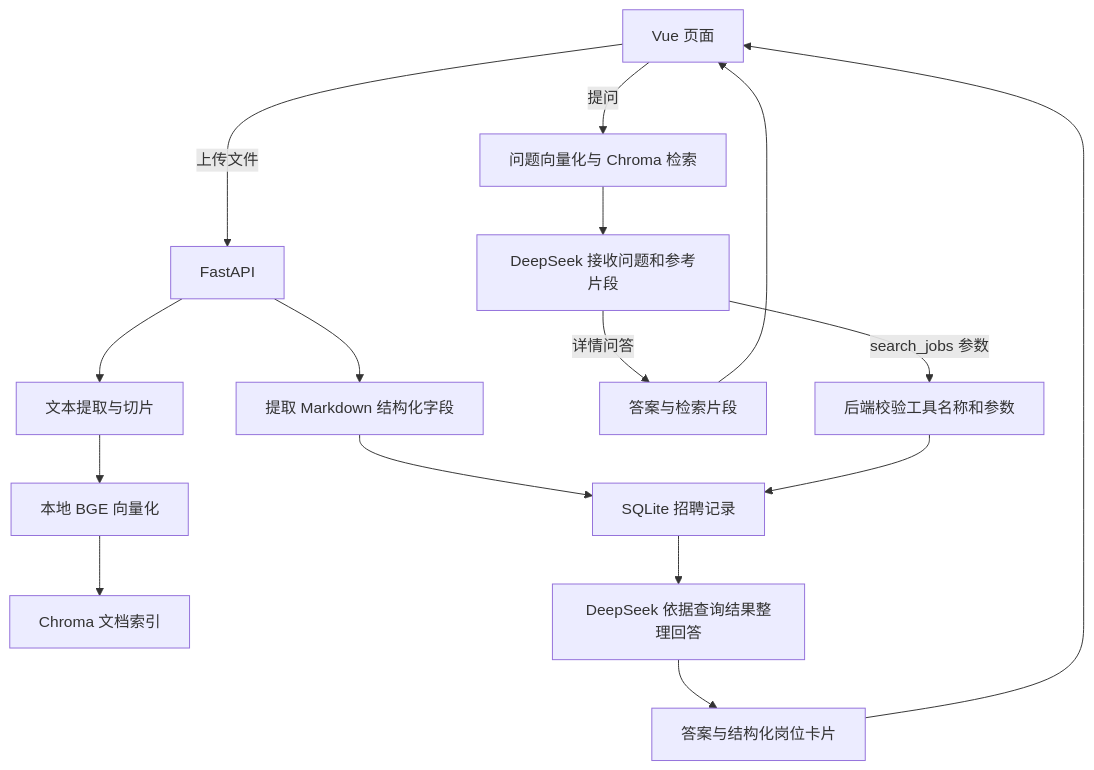
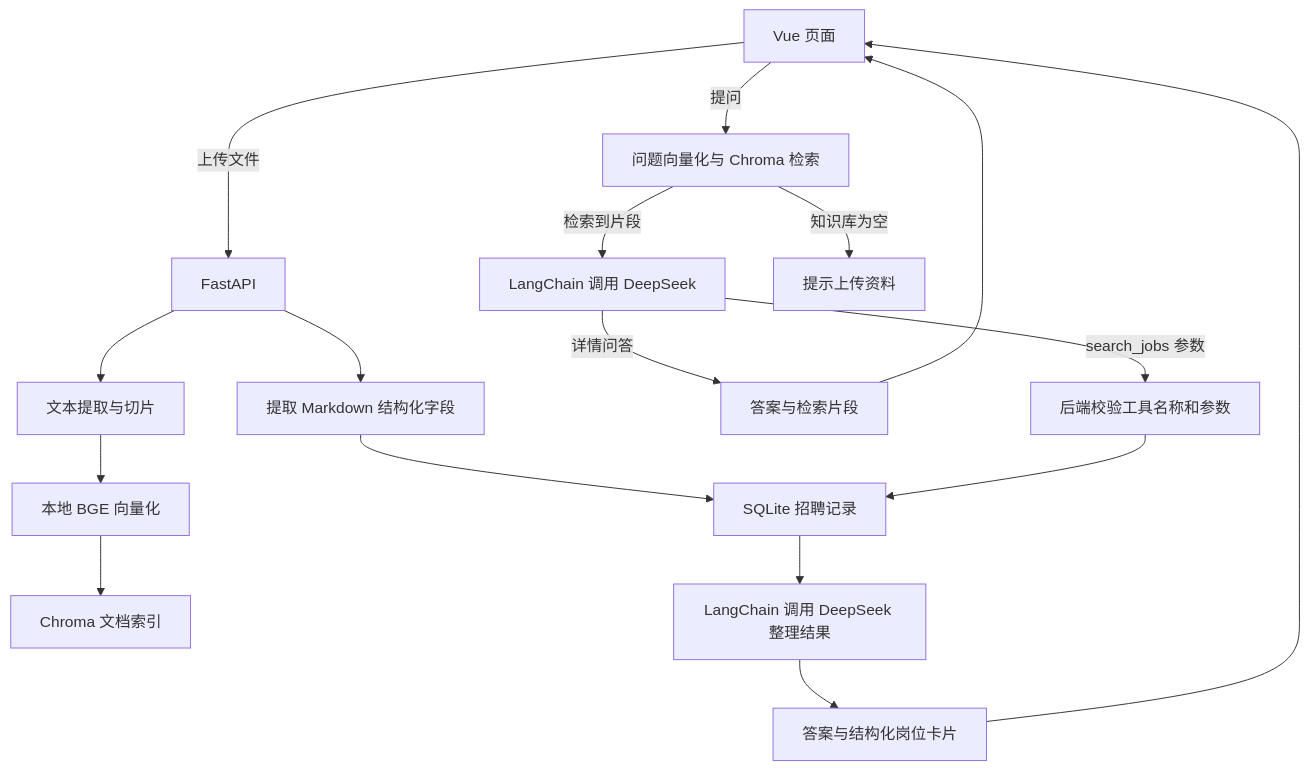
One commit to fineq3/job-search-assistant changed the diagram in docs/项目交付说明.md. Above: the diagram before and after it, drawn with Mermaid. The commit also changed other lines of this file and 5 other files, not shown here.

````diff
--- a/docs/项目交付说明.md
+++ b/docs/项目交付说明.md
@@ -11,18 +11,19 @@
 ```mermaid
 flowchart TD
     U[Vue 页面] -->|上传文件| API[FastAPI]
     API --> C[文本提取与切片]
     C --> E[本地 BGE 向量化]
     E --> V[Chroma 文档索引]
     API --> P[提取 Markdown 结构化字段]
     P --> S[SQLite 招聘记录]
     U -->|提问| Q[问题向量化与 Chroma 检索]
-    Q --> L[DeepSeek 接收问题和参考片段]
+    Q -->|检索到片段| L[LangChain 调用 DeepSeek]
+    Q -->|知识库为空| N[提示上传资料]
     L -->|详情问答| R[答案与检索片段]
     L -->|search_jobs 参数| F[后端校验工具名称和参数]
     F --> S
-    S --> L2[DeepSeek 依据查询结果整理回答]
+    S --> L2[LangChain 调用 DeepSeek 整理结果]
     L2 --> J[答案与结构化岗位卡片]
     R --> U
     J --> U
 ```
````
